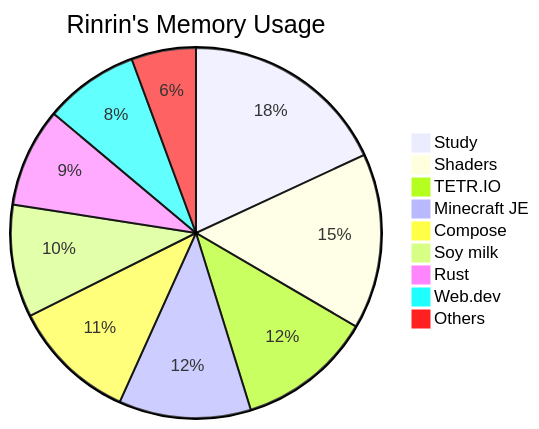
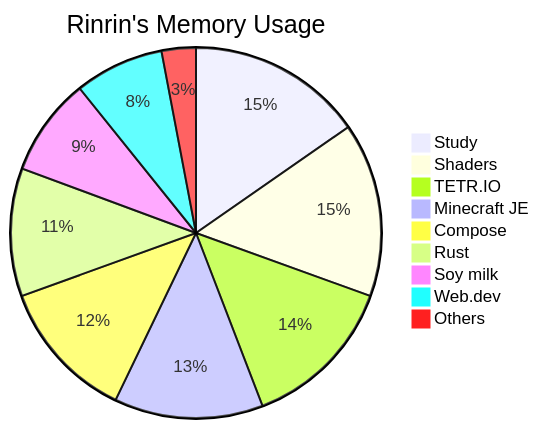
Before and after one commit to Rinrin0413/Rinrin0413: the diagram in README.md, drawn with Mermaid.

Commit message:
🐸 Update: Rinrin's Memory Usage

````diff
--- a/README.md
+++ b/README.md
@@ -77,12 +77,12 @@
 ```mermaid
 pie title Rinrin's Memory Usage
-    "Study": 138
+    "Study": 118
     "Shaders": 117
-    "TETR.IO": 90
-    "Minecraft JE": 88
-    "Compose": 83
-    "Soy milk": 75
-    "Rust": 66
-    "Web.dev": 63
-    "Others": 43
+    "TETR.IO": 105
+    "Minecraft JE": 100
+    "Compose": 95
+    "Rust": 86
+    "Soy milk": 66
+    "Web.dev": 60
+    "Others": 23
 ```
````
